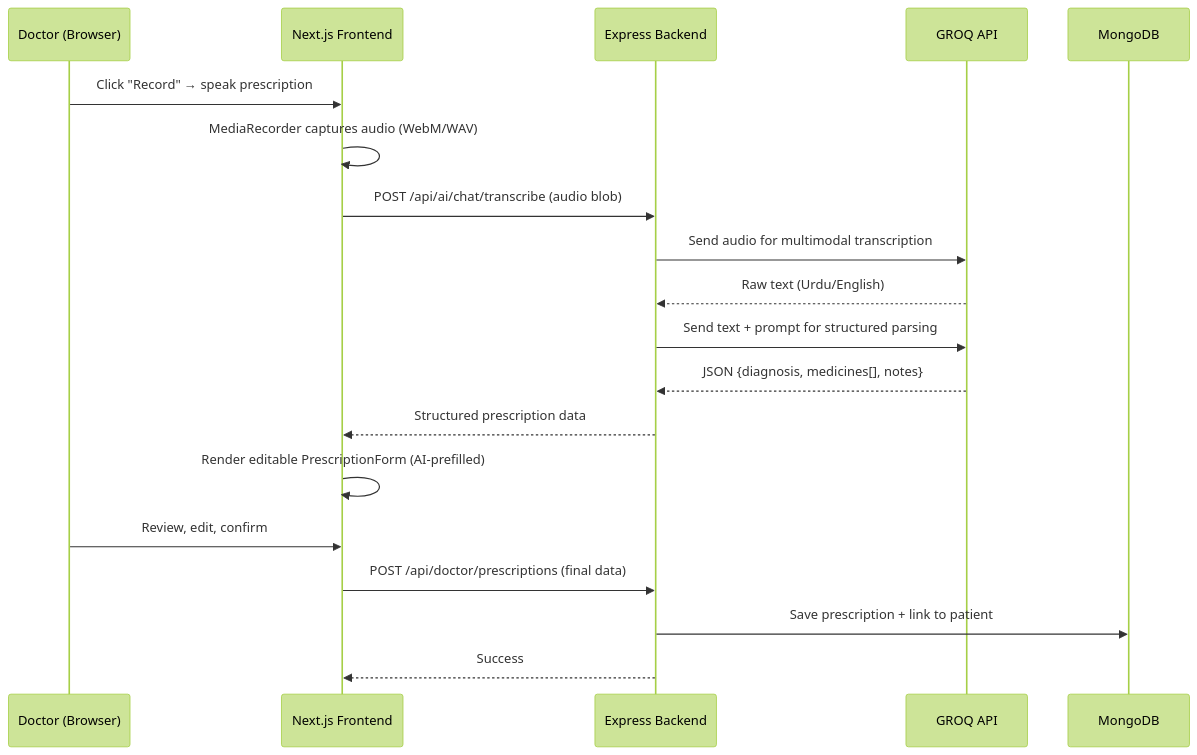
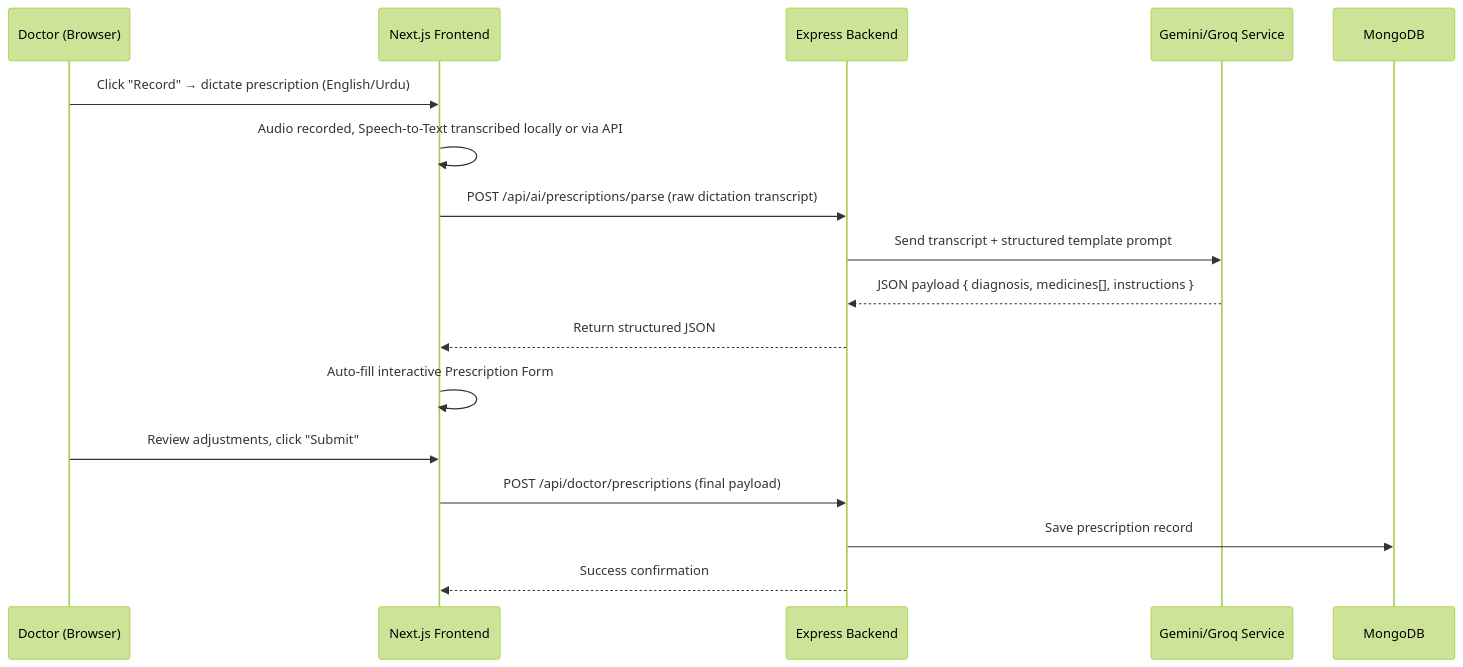
Before and after one commit to ahadalireach/medeaz: the second of 3 diagrams in README.md, drawn with Mermaid (forest theme). The commit also changed other lines of this file and 265 other files, not shown here.

Commit message:
Complete MedEaz healthcare application with fully integrated patient, doctor, and clinic portals

````diff
--- a/README.md
+++ b/README.md
@@ -198,22 +226,20 @@
 ```mermaid
 sequenceDiagram
     participant D as Doctor (Browser)
     participant FE as Next.js Frontend
     participant API as Express Backend
-    participant G as GROQ API
+    participant AI as Gemini/Groq Service
     participant DB as MongoDB
 
-    D->>FE: Click "Record" → speak prescription
-    FE->>FE: MediaRecorder captures audio (WebM/WAV)
-    FE->>API: POST /api/ai/chat/transcribe (audio blob)
-    API->>G: Send audio for multimodal transcription
-    G-->>API: Raw text (Urdu/English)
-    API->>G: Send text + prompt for structured parsing
-    G-->>API: JSON {diagnosis, medicines[], notes}
-    API-->>FE: Structured prescription data
-    FE->>FE: Render editable PrescriptionForm (AI-prefilled)
-    D->>FE: Review, edit, confirm
-    FE->>API: POST /api/doctor/prescriptions (final data)
-    API->>DB: Save prescription + link to patient
-    API-->>FE: Success
+    D->>FE: Click "Record" → dictate prescription (English/Urdu)
+    FE->>FE: Audio recorded, Speech-to-Text transcribed locally or via API
+    FE->>API: POST /api/ai/prescriptions/parse (raw dictation transcript)
+    API->>AI: Send transcript + structured template prompt
+    AI-->>API: JSON payload { diagnosis, medicines[], instructions }
+    API-->>FE: Return structured JSON
+    FE->>FE: Auto-fill interactive Prescription Form
+    D->>FE: Review adjustments, click "Submit"
+    FE->>API: POST /api/doctor/prescriptions (final payload)
+    API->>DB: Save prescription record
+    API-->>FE: Success confirmation
 ```
````
